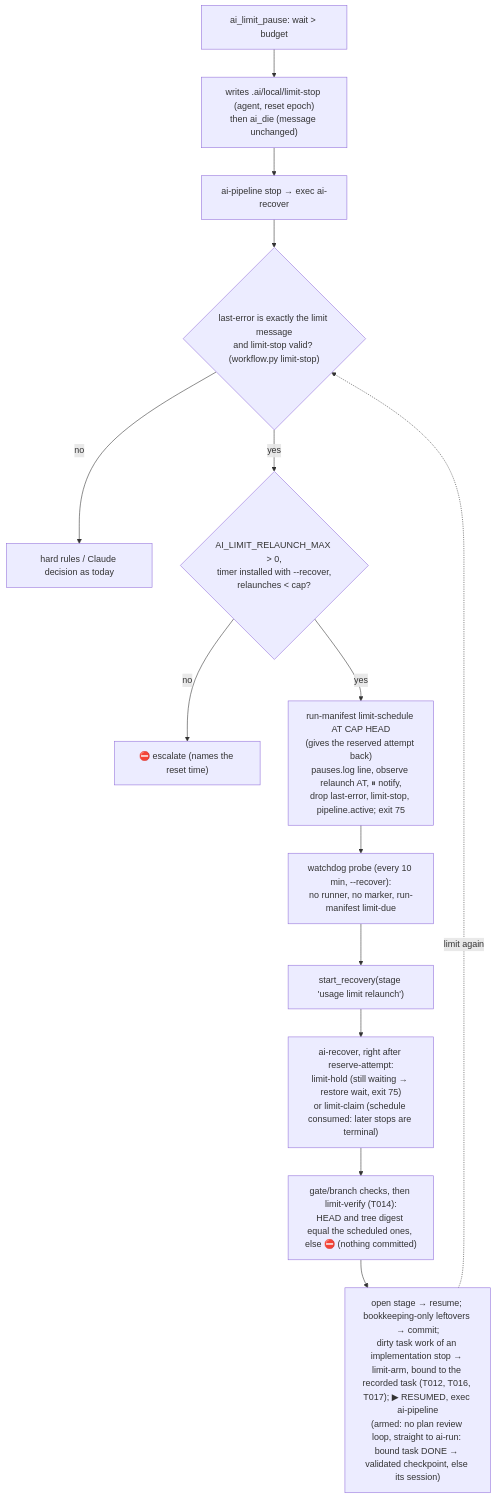
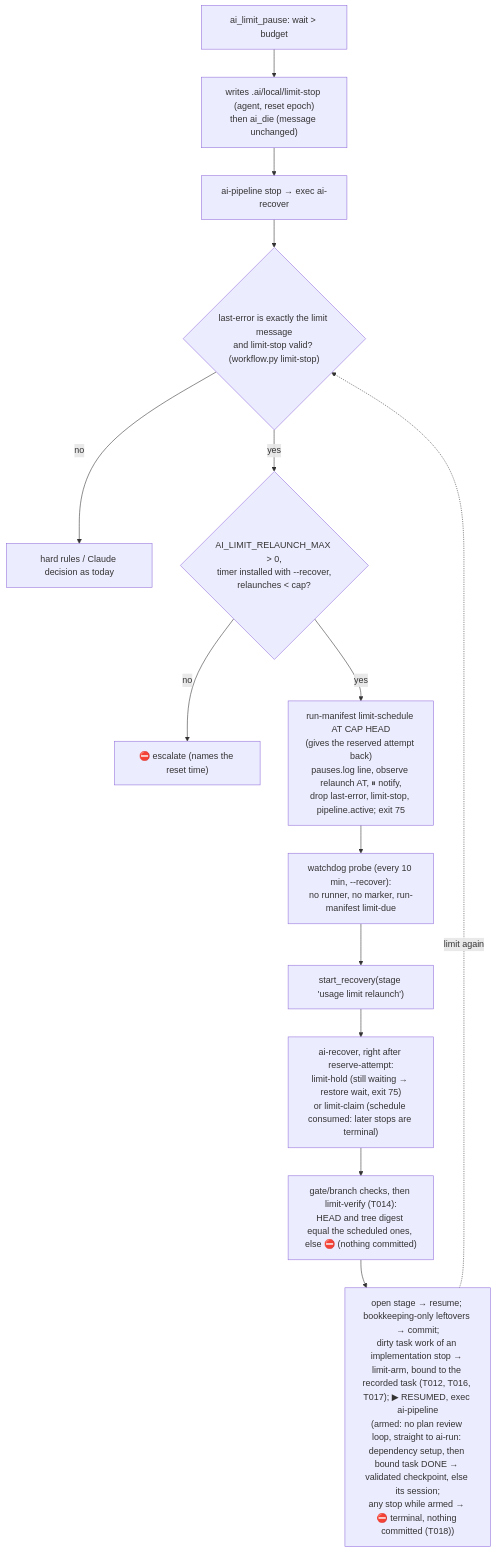
Before and after one commit to Muf454/agents: the diagram in .ai/current-plan.md, drawn with Mermaid. The commit also changed other lines of this file and 6 other files, not shown here.

````diff
--- a/.ai/current-plan.md
+++ b/.ai/current-plan.md
@@ -13,16 +13,16 @@
 ```mermaid
 flowchart TD
   pause["ai_limit_pause: wait > budget"] --> rec["writes .ai/local/limit-stop (agent, reset epoch)<br/>then ai_die (message unchanged)"]
   rec --> stop["ai-pipeline stop → exec ai-recover"]
   stop --> only{"last-error is exactly the limit message<br/>and limit-stop valid? (workflow.py limit-stop)"}
   only -- no --> rules["hard rules / Claude decision as today"]
   only -- yes --> cap{"AI_LIMIT_RELAUNCH_MAX > 0,<br/>timer installed with --recover,<br/>relaunches < cap?"}
   cap -- no --> esc["⛔ escalate (names the reset time)"]
   cap -- yes --> sched["run-manifest limit-schedule AT CAP HEAD<br/>(gives the reserved attempt back)<br/>pauses.log line, observe relaunch AT, ⏸ notify,<br/>drop last-error, limit-stop, pipeline.active; exit 75"]
   sched --> probe["watchdog probe (every 10 min, --recover):<br/>no runner, no marker, run-manifest limit-due"]
   probe --> launch["start_recovery(stage 'usage limit relaunch')"]
   launch --> claim["ai-recover, right after reserve-attempt:<br/>limit-hold (still waiting → restore wait, exit 75)<br/>or limit-claim (schedule consumed: later stops are terminal)"]
   claim --> verify["gate/branch checks, then limit-verify (T014):<br/>HEAD and tree digest equal the scheduled ones, else ⛔ (nothing committed)"]
-  verify --> due["open stage → resume; bookkeeping-only leftovers → commit;<br/>dirty task work of an implementation stop → limit-arm, bound to the recorded task (T012, T016, T017); ▶ RESUMED, exec ai-pipeline<br/>(armed: no plan review loop, straight to ai-run: bound task DONE → validated checkpoint, else its session)"]
+  verify --> due["open stage → resume; bookkeeping-only leftovers → commit;<br/>dirty task work of an implementation stop → limit-arm, bound to the recorded task (T012, T016, T017); ▶ RESUMED, exec ai-pipeline<br/>(armed: no plan review loop, straight to ai-run: dependency setup, then bound task DONE → validated checkpoint, else its session;<br/>any stop while armed → ⛔ terminal, nothing committed (T018))"]
   due -. "limit again" .-> only
 ```
````
